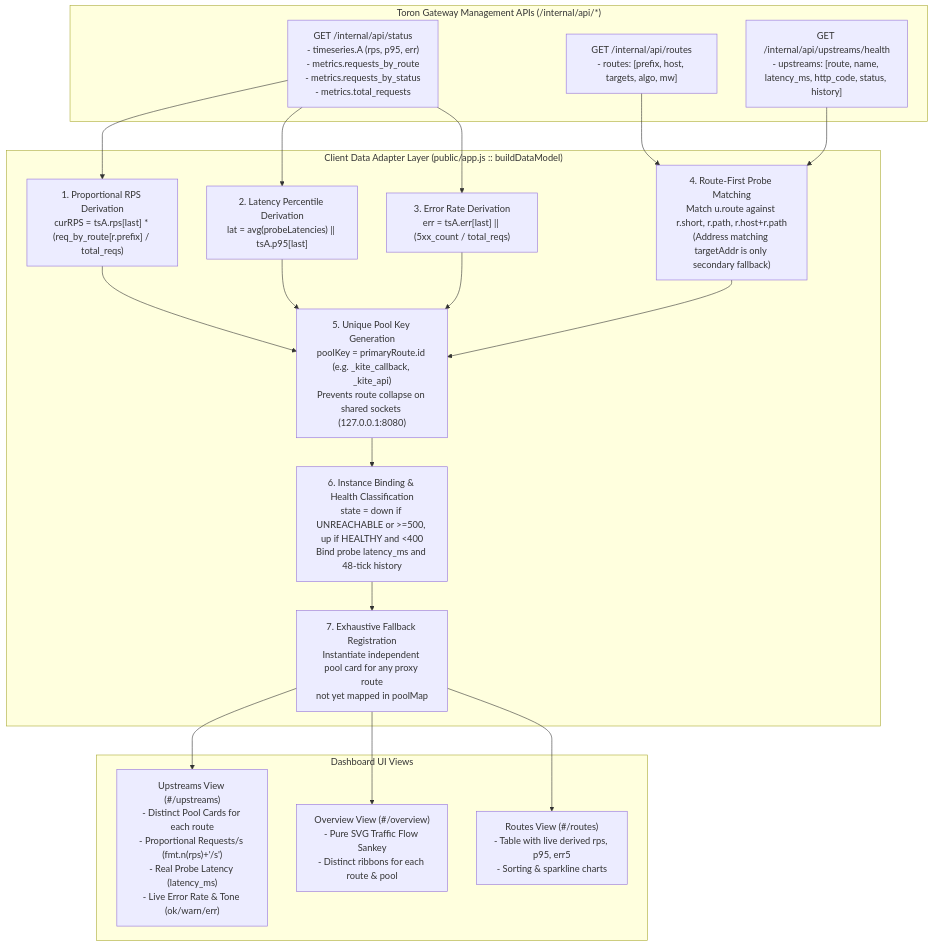
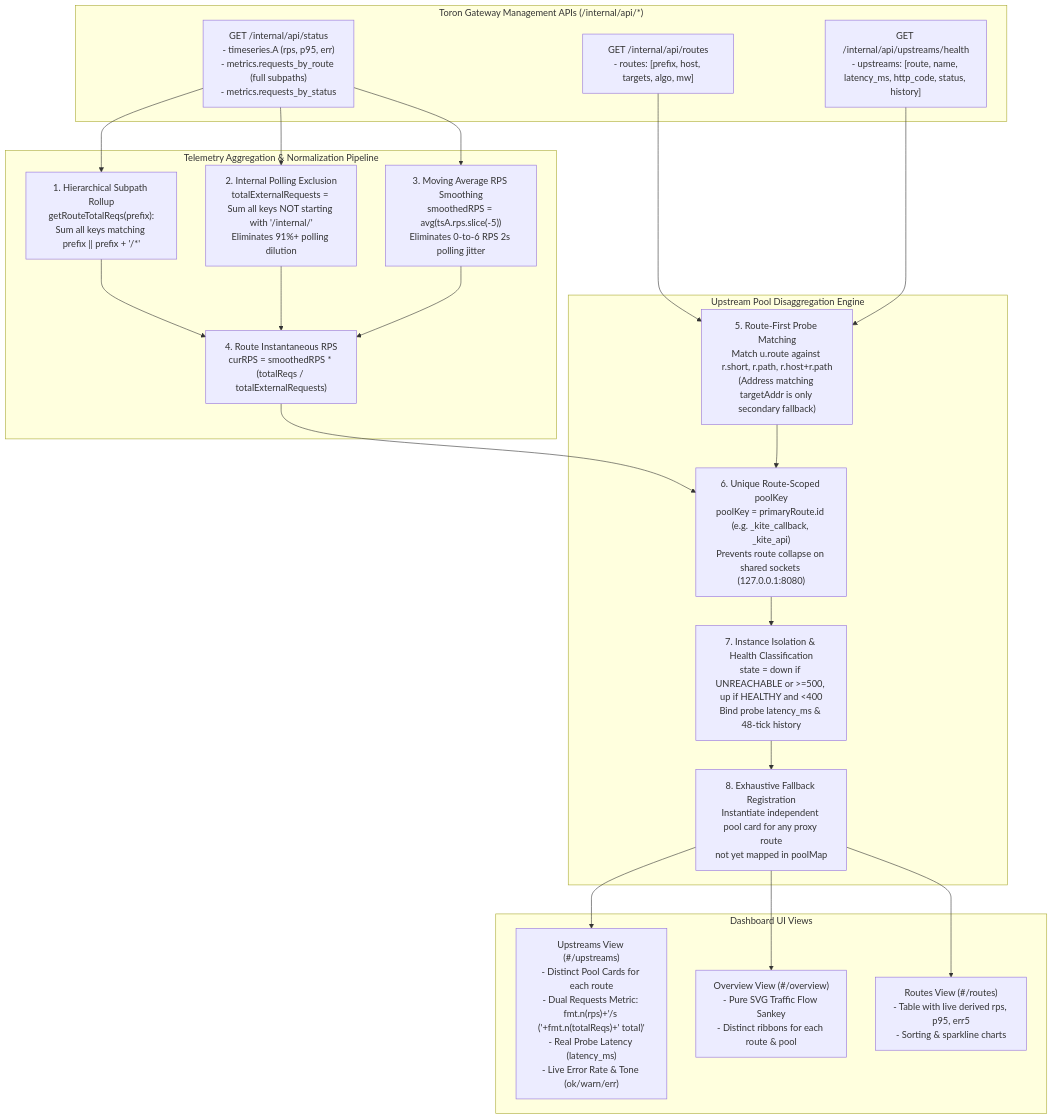
The first of 2 diagrams in docs/architecture/ADR-139.md (SayantanSaha/toron), drawn with Mermaid before and after one commit. The commit also changed other lines of this file and 11 other files, not shown here.

Commit message:
fix(dashboard): hierarchical subpath rollup, polling isolation, and live telemetry volume display (REQ-139 v1.1)

````diff
--- a/docs/architecture/ADR-139.md
+++ b/docs/architecture/ADR-139.md
@@ -187,42 +261,47 @@
 ```mermaid
 flowchart TD
     subgraph BackendAPIs["Toron Gateway Management APIs (/internal/api/*)"]
-        API_Status["GET /internal/api/status<br/>- timeseries.A (rps, p95, err)<br/>- metrics.requests_by_route<br/>- metrics.requests_by_status<br/>- metrics.total_requests"]
+        API_Status["GET /internal/api/status<br/>- timeseries.A (rps, p95, err)<br/>- metrics.requests_by_route (full subpaths)<br/>- metrics.requests_by_status"]
         API_Routes["GET /internal/api/routes<br/>- routes: [prefix, host, targets, algo, mw]"]
         API_Health["GET /internal/api/upstreams/health<br/>- upstreams: [route, name, latency_ms, http_code, status, history]"]
     end
 
-    subgraph DataAdapter["Client Data Adapter Layer (public/app.js :: buildDataModel)"]
-        RPS_Derive["1. Proportional RPS Derivation<br/>curRPS = tsA.rps[last] * (req_by_route[r.prefix] / total_reqs)"]
-        P95_Derive["2. Latency Percentile Derivation<br/>lat = avg(probeLatencies) || tsA.p95[last]"]
-        Err_Derive["3. Error Rate Derivation<br/>err = tsA.err[last] || (5xx_count / total_reqs)"]
-        
-        RoutePriority["4. Route-First Probe Matching<br/>Match u.route against r.short, r.path, r.host+r.path<br/>(Address matching targetAddr is only secondary fallback)"]
-        PoolKeyGen["5. Unique Pool Key Generation<br/>poolKey = primaryRoute.id (e.g. _kite_callback, _kite_api)<br/>Prevents route collapse on shared sockets (127.0.0.1:8080)"]
-        InstBind["6. Instance Binding & Health Classification<br/>state = down if UNREACHABLE or >=500, up if HEALTHY and <400<br/>Bind probe latency_ms and 48-tick history"]
-        FallbackLoop["7. Exhaustive Fallback Registration<br/>Instantiate independent pool card for any proxy route<br/>not yet mapped in poolMap"]
+    subgraph TelemetryAggregation["Telemetry Aggregation & Normalization Pipeline"]
+        SubpathRollup["1. Hierarchical Subpath Rollup<br/>getRouteTotalReqs(prefix):<br/>Sum all keys matching prefix || prefix + '/*'"]
+        InternalFilter["2. Internal Polling Exclusion<br/>totalExternalRequests = Sum all keys NOT starting with '/internal/'<br/>Eliminates 91%+ polling dilution"]
+        SmoothingWindow["3. Moving Average RPS Smoothing<br/>smoothedRPS = avg(tsA.rps.slice(-5))<br/>Eliminates 0-to-6 RPS 2s polling jitter"]
+        ProportionalRPS["4. Route Instantaneous RPS<br/>curRPS = smoothedRPS * (totalReqs / totalExternalRequests)"]
+    end
+
+    subgraph UpstreamDisaggregation["Upstream Pool Disaggregation Engine"]
+        RoutePriority["5. Route-First Probe Matching<br/>Match u.route against r.short, r.path, r.host+r.path<br/>(Address matching targetAddr is only secondary fallback)"]
+        PoolKeyGen["6. Unique Route-Scoped poolKey<br/>poolKey = primaryRoute.id (e.g. _kite_callback, _kite_api)<br/>Prevents route collapse on shared sockets (127.0.0.1:8080)"]
+        InstBind["7. Instance Isolation & Health Classification<br/>state = down if UNREACHABLE or >=500, up if HEALTHY and <400<br/>Bind probe latency_ms & 48-tick history"]
+        FallbackLoop["8. Exhaustive Fallback Registration<br/>Instantiate independent pool card for any proxy route<br/>not yet mapped in poolMap"]
     end
 
     subgraph DashboardViews["Dashboard UI Views"]
-        UpstreamsView["Upstreams View (#/upstreams)<br/>- Distinct Pool Cards for each route<br/>- Proportional Requests/s (fmt.n(rps)+'/s')<br/>- Real Probe Latency (latency_ms)<br/>- Live Error Rate & Tone (ok/warn/err)"]
+        UpstreamsView["Upstreams View (#/upstreams)<br/>- Distinct Pool Cards for each route<br/>- Dual Requests Metric: fmt.n(rps)+'/s ('+fmt.n(totalReqs)+' total)'<br/>- Real Probe Latency (latency_ms)<br/>- Live Error Rate & Tone (ok/warn/err)"]
         SankeyView["Overview View (#/overview)<br/>- Pure SVG Traffic Flow Sankey<br/>- Distinct ribbons for each route & pool"]
         RoutesView["Routes View (#/routes)<br/>- Table with live derived rps, p95, err5<br/>- Sorting & sparkline charts"]
     end
 
-    API_Status --> RPS_Derive
-    API_Status --> P95_Derive
-    API_Status --> Err_Derive
+    API_Status --> SubpathRollup
+    API_Status --> InternalFilter
+    API_Status --> SmoothingWindow
     API_Routes --> RoutePriority
     API_Health --> RoutePriority
 
-    RPS_Derive --> PoolKeyGen
-    P95_Derive --> PoolKeyGen
-    Err_Derive --> PoolKeyGen
+    SubpathRollup --> ProportionalRPS
+    InternalFilter --> ProportionalRPS
+    SmoothingWindow --> ProportionalRPS
+
+    ProportionalRPS --> PoolKeyGen
     RoutePriority --> PoolKeyGen
     PoolKeyGen --> InstBind
     InstBind --> FallbackLoop
 
     FallbackLoop --> UpstreamsView
     FallbackLoop --> SankeyView
     FallbackLoop --> RoutesView
 ```
````
